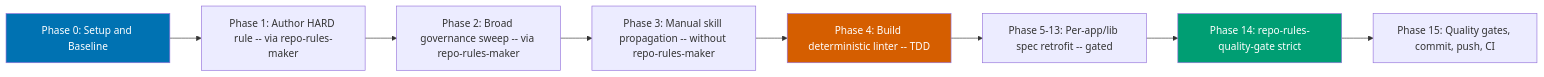
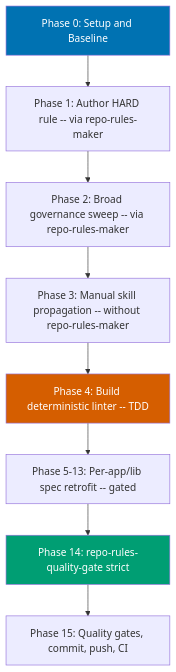
Before and after one commit to wahidyankf/baseerah: the diagram in plans/in-progress/gherkin-step-keyword-cardinality/README.md, drawn with Mermaid.

Commit message:
docs(plans): switch gherkin plan approach diagram to top-to-bottom

````diff
--- a/plans/in-progress/gherkin-step-keyword-cardinality/README.md
+++ b/plans/in-progress/gherkin-step-keyword-cardinality/README.md
@@ -54,15 +54,15 @@
 ```mermaid
-flowchart LR
+flowchart TB
   P0[Phase 0: Setup and Baseline] --> P1[Phase 1: Author HARD rule -- via repo-rules-maker]
   P1 --> P2[Phase 2: Broad governance sweep -- via repo-rules-maker]
   P2 --> P3[Phase 3: Manual skill propagation -- without repo-rules-maker]
   P3 --> P4[Phase 4: Build deterministic linter -- TDD]
   P4 --> P5[Phase 5-13: Per-app/lib spec retrofit -- gated]
   P5 --> P14[Phase 14: repo-rules-quality-gate strict]
   P14 --> P15[Phase 15: Quality gates, commit, push, CI]
 
   %% color-blind-friendly palette
   style P0 fill:#0072B2,color:#ffffff
   style P4 fill:#D55E00,color:#ffffff
   style P14 fill:#009E73,color:#ffffff
 ```
````
